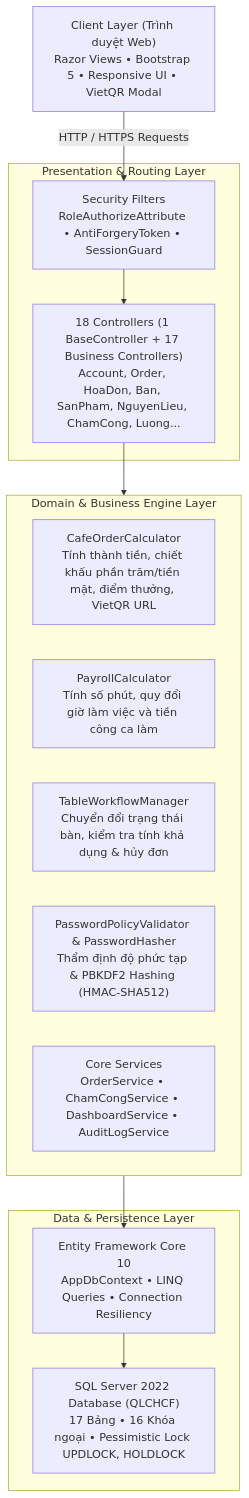
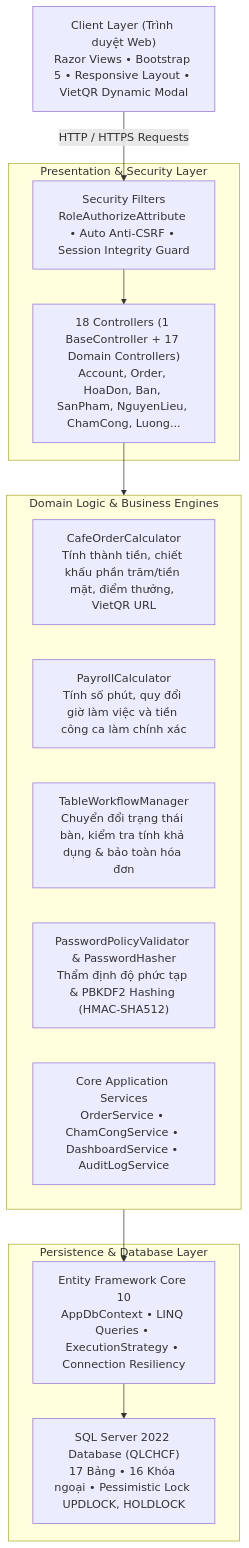
One commit to nguyenxp3n/WebQLCHCF changed the first of 2 diagrams in README.md. Above: the diagram before and after it, drawn with Mermaid. The commit also changed other lines of this file, not shown here.

Commit message:
docs: revamp README with comprehensive feature catalog, role matrix, and recruiter demo guide

````diff
--- a/README.md
+++ b/README.md
@@ -16,28 +121,28 @@
 ```mermaid
 flowchart TD
-    Client["Client Layer (Trình duyệt Web)\nRazor Views • Bootstrap 5 • Responsive UI • VietQR Modal"]
+    Client["Client Layer (Trình duyệt Web)\nRazor Views • Bootstrap 5 • Responsive Layout • VietQR Dynamic Modal"]
     
-    subgraph Presentation ["Presentation & Routing Layer"]
-        Ctrl["18 Controllers (1 BaseController + 17 Business Controllers)\nAccount, Order, HoaDon, Ban, SanPham, NguyenLieu, ChamCong, Luong..."]
-        AuthFilter["Security Filters\nRoleAuthorizeAttribute • AntiForgeryToken • SessionGuard"]
+    subgraph Presentation ["Presentation & Security Layer"]
+        Ctrl["18 Controllers (1 BaseController + 17 Domain Controllers)\nAccount, Order, HoaDon, Ban, SanPham, NguyenLieu, ChamCong, Luong..."]
+        AuthFilter["Security Filters\nRoleAuthorizeAttribute • Auto Anti-CSRF • Session Integrity Guard"]
     end
     
-    subgraph Domain ["Domain & Business Engine Layer"]
+    subgraph Domain ["Domain Logic & Business Engines"]
         OrderCalc["CafeOrderCalculator\nTính thành tiền, chiết khấu phần trăm/tiền mặt, điểm thưởng, VietQR URL"]
-        PayrollCalc["PayrollCalculator\nTính số phút, quy đổi giờ làm việc và tiền công ca làm"]
-        TableWF["TableWorkflowManager\nChuyển đổi trạng thái bàn, kiểm tra tính khả dụng & hủy đơn"]
+        PayrollCalc["PayrollCalculator\nTính số phút, quy đổi giờ làm việc và tiền công ca làm chính xác"]
+        TableWF["TableWorkflowManager\nChuyển đổi trạng thái bàn, kiểm tra tính khả dụng & bảo toàn hóa đơn"]
         PassPolicy["PasswordPolicyValidator & PasswordHasher\nThẩm định độ phức tạp & PBKDF2 Hashing (HMAC-SHA512)"]
-        Services["Core Services\nOrderService • ChamCongService • DashboardService • AuditLogService"]
+        Services["Core Application Services\nOrderService • ChamCongService • DashboardService • AuditLogService"]
     end
     
-    subgraph Persistence ["Data & Persistence Layer"]
-        EF["Entity Framework Core 10\nAppDbContext • LINQ Queries • Connection Resiliency"]
+    subgraph Persistence ["Persistence & Database Layer"]
+        EF["Entity Framework Core 10\nAppDbContext • LINQ Queries • ExecutionStrategy • Connection Resiliency"]
         SQL["SQL Server 2022 Database (QLCHCF)\n17 Bảng • 16 Khóa ngoại • Pessimistic Lock UPDLOCK, HOLDLOCK"]
     end
 
     Client -->|HTTP / HTTPS Requests| AuthFilter
     AuthFilter --> Ctrl
     Ctrl --> Domain
     Domain --> EF
     EF --> SQL
 ```
````
